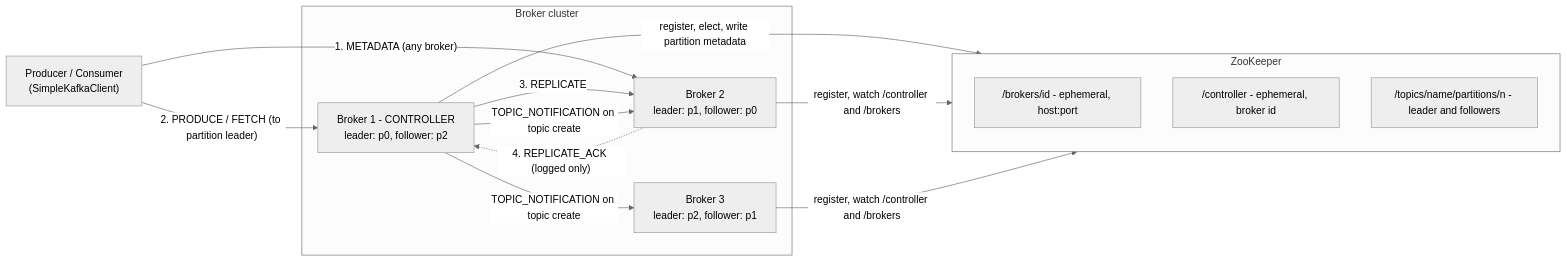
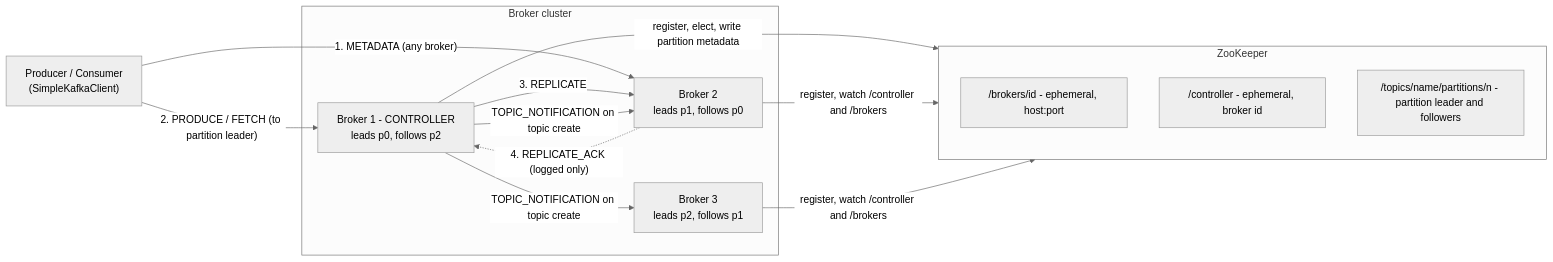
The first of 2 diagrams in README.md (kratikbhadoriya/SimpleKafka), drawn with Mermaid (neutral theme) before and after one commit. The commit also changed other lines of this file and 3 other files, not shown here.

First line of the commit message:
Address second review: diagram, docs accuracy, Docker-free ZooKeeper

````diff
--- a/README.md
+++ b/README.md
@@ -51,27 +51,27 @@
 ```mermaid
 flowchart LR
     subgraph ZK["ZooKeeper"]
         zb["/brokers/id - ephemeral, host:port"]
         zc["/controller - ephemeral, broker id"]
-        zt["/topics/name/partitions/n - leader and followers"]
+        zt["/topics/name/partitions/n - partition leader and followers"]
     end
 
     subgraph Cluster["Broker cluster"]
-        B1["Broker 1 - CONTROLLER<br/>leader: p0, follower: p2"]
-        B2["Broker 2<br/>leader: p1, follower: p0"]
-        B3["Broker 3<br/>leader: p2, follower: p1"]
+        B1["Broker 1 - CONTROLLER<br/>leads p0, follows p2"]
+        B2["Broker 2<br/>leads p1, follows p0"]
+        B3["Broker 3<br/>leads p2, follows p1"]
     end
 
     Client["Producer / Consumer<br/>(SimpleKafkaClient)"]
 
     B1 -- "register, elect, write partition metadata" --> ZK
     B2 -- "register, watch /controller and /brokers" --> ZK
     B3 -- "register, watch /controller and /brokers" --> ZK
 
     Client -- "1. METADATA (any broker)" --> B2
     Client -- "2. PRODUCE / FETCH (to partition leader)" --> B1
     B1 -- "3. REPLICATE" --> B2
     B2 -. "4. REPLICATE_ACK (logged only)" .-> B1
     B1 -- "TOPIC_NOTIFICATION on topic create" --> B2
     B1 -- "TOPIC_NOTIFICATION on topic create" --> B3
 ```
````
